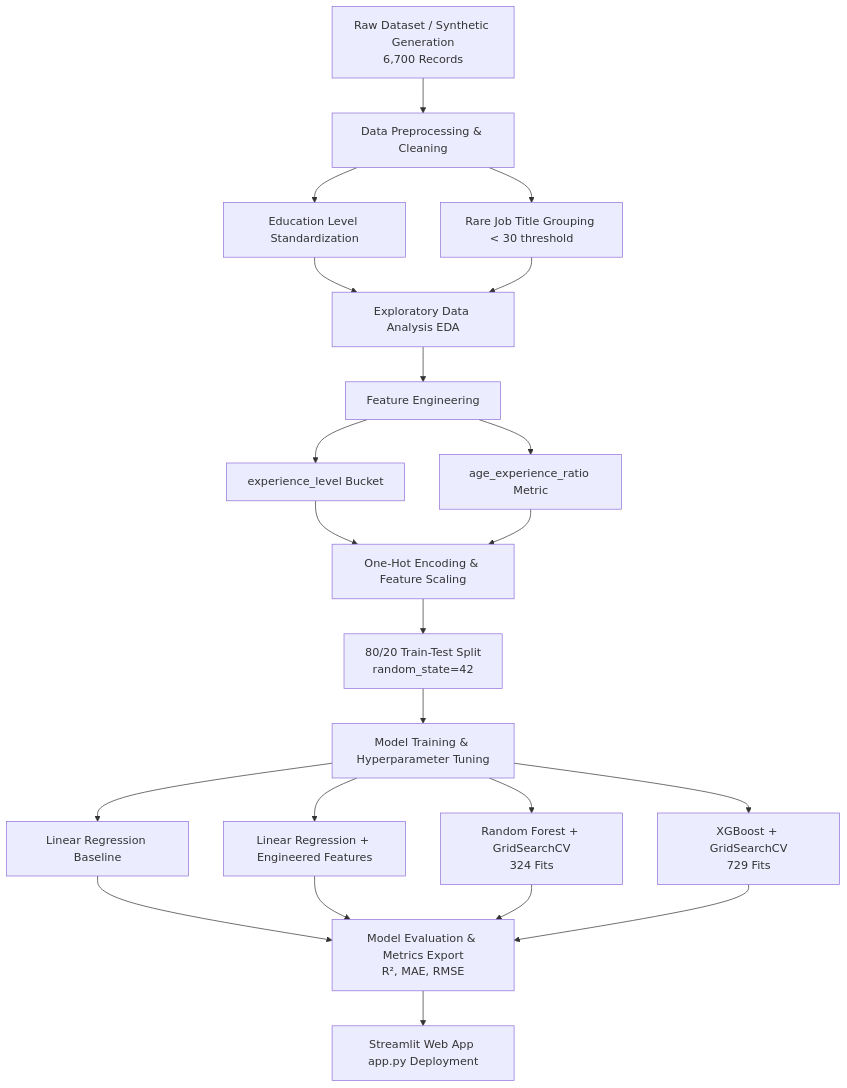
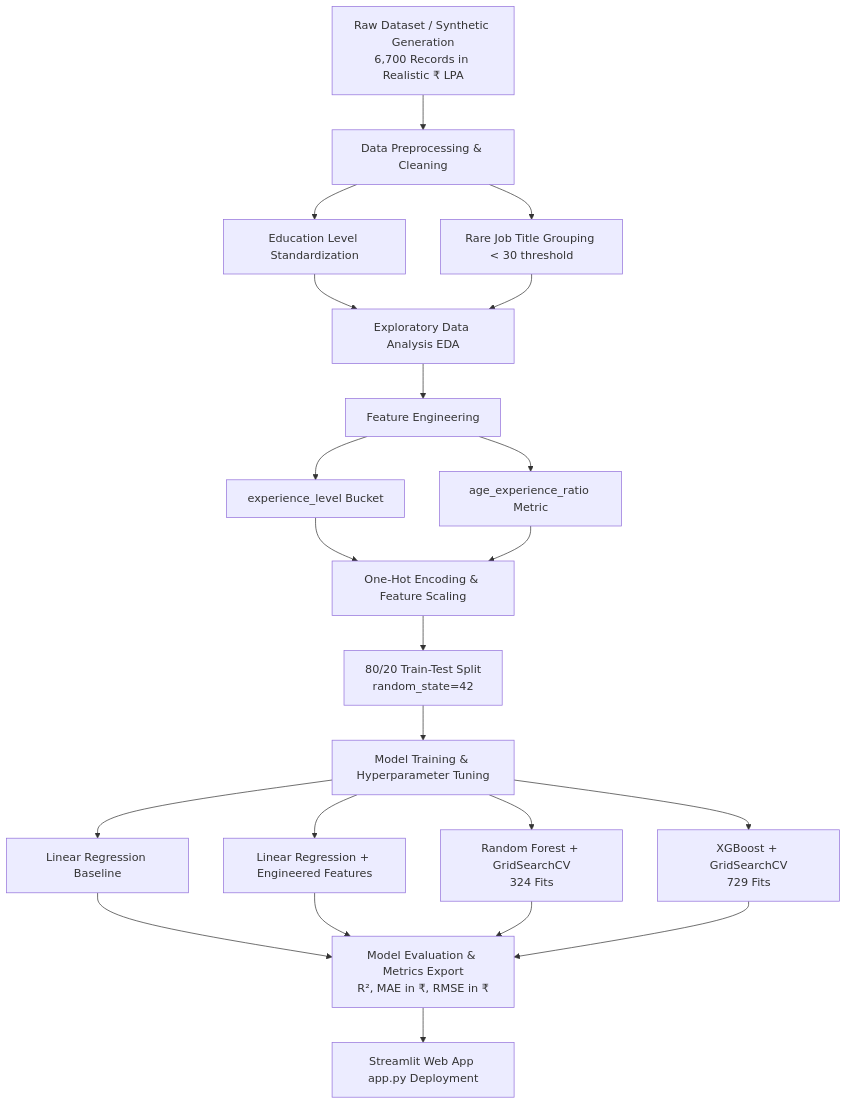
Before and after one commit to er-kumardeepak/AIML-PROJECT-2302221530034: the diagram in README.md, drawn with Mermaid. The commit also changed other lines of this file and 12 other files, not shown here.

Commit message:
feat: generate synthetic salary dataset, compute model performance metrics, and add visualization exports

````diff
--- a/README.md
+++ b/README.md
@@ -70,24 +70,24 @@
 ```mermaid
 graph TD
-    A[Raw Dataset / Synthetic Generation<br/>6,700 Records] --> B[Data Preprocessing & Cleaning]
+    A[Raw Dataset / Synthetic Generation<br/>6,700 Records in Realistic ₹ LPA] --> B[Data Preprocessing & Cleaning]
     B --> C[Education Level Standardization]
     B --> D[Rare Job Title Grouping < 30 threshold]
     
     C & D --> E[Exploratory Data Analysis EDA]
     
     E --> F[Feature Engineering]
     F --> F1[experience_level Bucket]
     F --> F2[age_experience_ratio Metric]
     
     F1 & F2 --> G[One-Hot Encoding & Feature Scaling]
     G --> H[80/20 Train-Test Split<br/>random_state=42]
     
     H --> I[Model Training & Hyperparameter Tuning]
     I --> J1[Linear Regression Baseline]
     I --> J2[Linear Regression + Engineered Features]
     I --> J3[Random Forest + GridSearchCV<br/>324 Fits]
     I --> J4[XGBoost + GridSearchCV<br/>729 Fits]
     
-    J1 & J2 & J3 & J4 --> K[Model Evaluation & Metrics Export<br/>R², MAE, RMSE]
+    J1 & J2 & J3 & J4 --> K[Model Evaluation & Metrics Export<br/>R², MAE in ₹, RMSE in ₹]
     K --> L[Streamlit Web App app.py Deployment]
 ```
````
